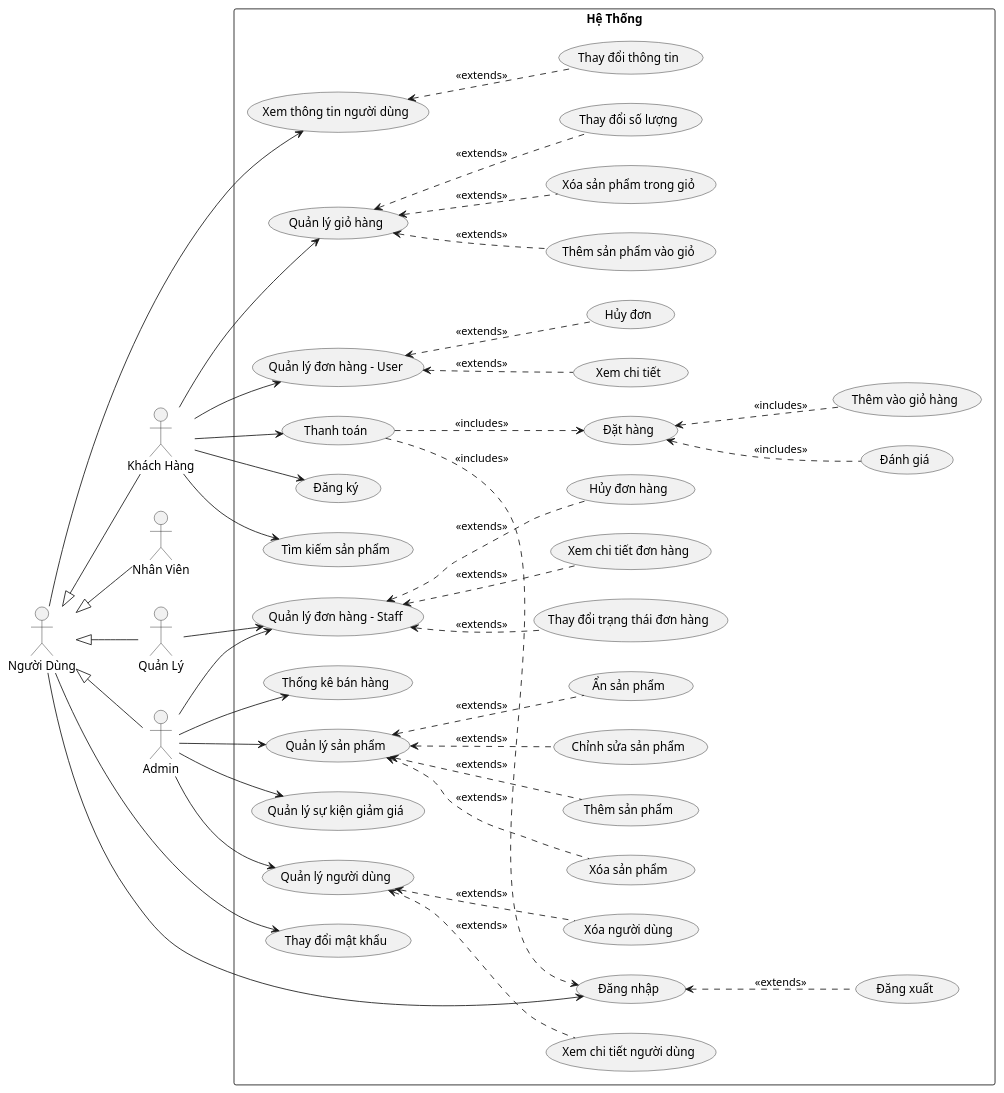
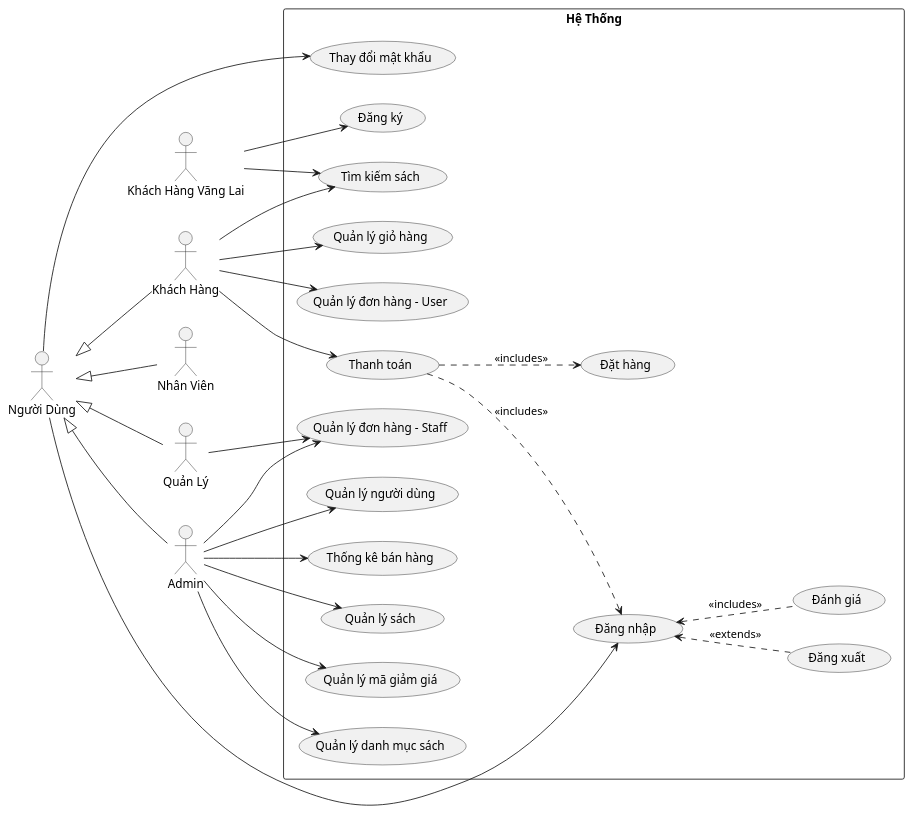
Before and after one commit to B5u2423/Bookstore-Website: the diagram in docs/diagrams/Usecase/tong-quan/uc-tongquan.wsd, drawn with PlantUML. The commit also changed 6 other files, not shown here.

Commit message:
add uc diagrams

```diff
--- a/docs/diagrams/Usecase/tong-quan/uc-tongquan.wsd
+++ b/docs/diagrams/Usecase/tong-quan/uc-tongquan.wsd
@@ -1,60 +1,44 @@
 @startuml uc-tongquan
 left to right direction
 skinparam packageStyle rectangle
 
-actor "Khách Hàng" as KH
+actor "Khách Hàng Vãng Lai" as KHVL
+actor "Khách Hàng" as KH 
 actor "Người Dùng" as ND
 actor "Quản Lý" as QL
 actor "Nhân Viên" as NV
 actor Admin as AD
 
 ND <|-- AD
 ND <|-- QL
 ND <|-- KH
 ND <|-- NV
 
 rectangle "Hệ Thống" {
   ND --> (Đăng nhập)
   ND --> (Thay đổi mật khẩu)
   (Đăng nhập) <.. (Đăng xuất) : <<extends>>
-  ND --> (Xem thông tin người dùng)
-  (Xem thông tin người dùng) <.. (Thay đổi thông tin) : <<extends>>
   (Thanh toán) ..> (Đăng nhập) : <<includes>>
 
-  KH --> (Đăng ký)
-  KH --> (Tìm kiếm sản phẩm)
+  KHVL --> (Đăng ký)
+  KHVL --> (Tìm kiếm sách)
+
+  KH --> (Tìm kiếm sách)
   KH --> (Quản lý giỏ hàng)
   KH --> (Quản lý đơn hàng - User)
   KH --> (Thanh toán)
 
-  (Quản lý đơn hàng - User) <.. (Hủy đơn)  : <<extends>>
-  (Quản lý đơn hàng - User) <.. (Xem chi tiết) : <<extends>>
   (Thanh toán) ..> (Đặt hàng) : <<includes>>
-  (Đặt hàng) <.. (Thêm vào giỏ hàng) : <<includes>>
-  (Đặt hàng) <.. (Đánh giá) : <<includes>>
-  (Quản lý giỏ hàng) <.. (Thêm sản phẩm vào giỏ) : <<extends>>
-  (Quản lý giỏ hàng) <.. (Xóa sản phẩm trong giỏ) : <<extends>>
-  (Quản lý giỏ hàng) <.. (Thay đổi số lượng) : <<extends>>
+  (Đăng nhập) <.. (Đánh giá) : <<includes>>
 
   AD --> (Quản lý đơn hàng - Staff)
   AD --> (Quản lý người dùng)
   AD --> (Thống kê bán hàng)
-  AD --> (Quản lý sản phẩm)
-  AD --> (Quản lý sự kiện giảm giá)
-
-  (Quản lý người dùng) <.. (Xem chi tiết người dùng) : <<extends>>
-  (Quản lý người dùng) <.. (Xóa người dùng) : <<extends>>
-  (Quản lý sản phẩm) <.. (Thêm sản phẩm) : <<extends>>
-  (Quản lý sản phẩm) <.. (Chỉnh sửa sản phẩm) : <<extends>>
-  (Quản lý sản phẩm) <.. (Ẩn sản phẩm) : <<extends>>
-  (Quản lý sản phẩm) <.. (Xóa sản phẩm) : <<extends>>
+  AD --> (Quản lý sách)
+  AD --> (Quản lý mã giảm giá)
+  AD --> (Quản lý danh mục sách)
 
   QL --> (Quản lý đơn hàng - Staff)
-  (Quản lý đơn hàng - Staff) <.. (Xem chi tiết đơn hàng) : <<extends>>
-  (Quản lý đơn hàng - Staff) <.. (Hủy đơn hàng) : <<extends>>
-  (Quản lý đơn hàng - Staff) <.. (Thay đổi trạng thái đơn hàng) : <<extends>>
-  
-  
 }
 
 @enduml
```
